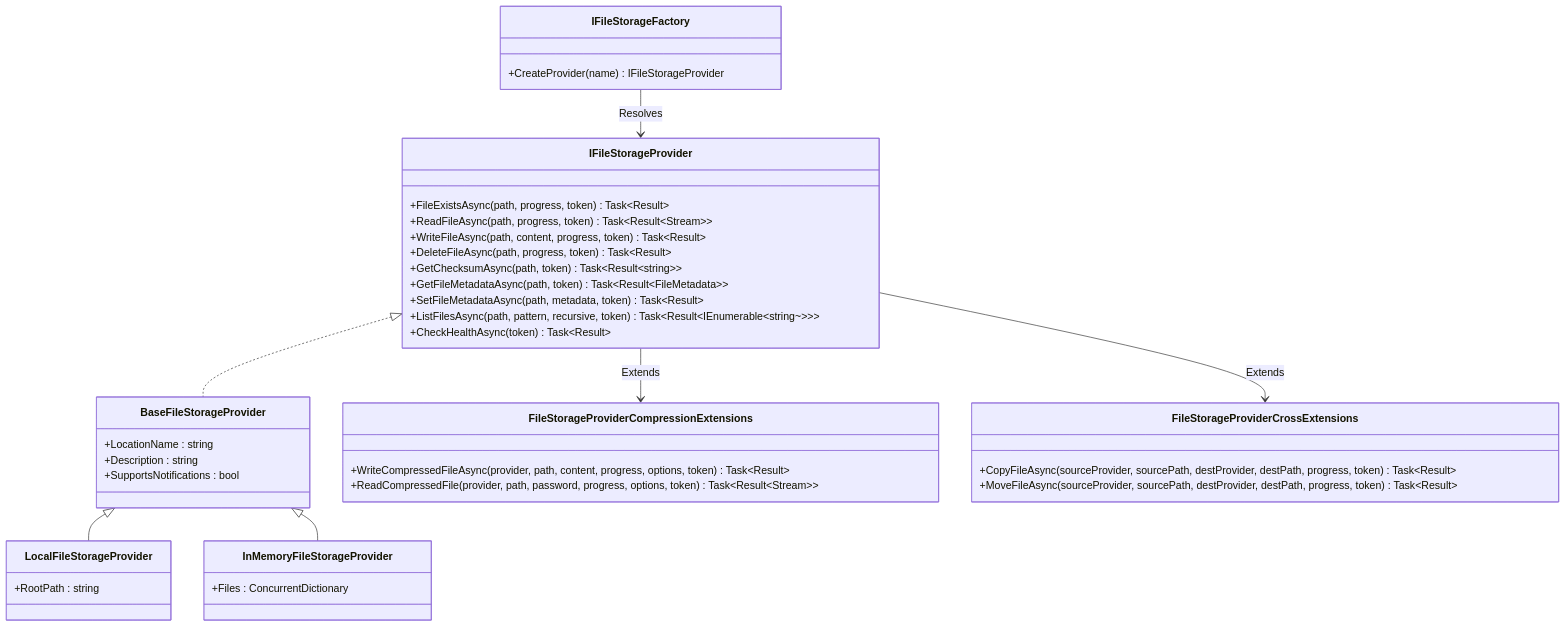
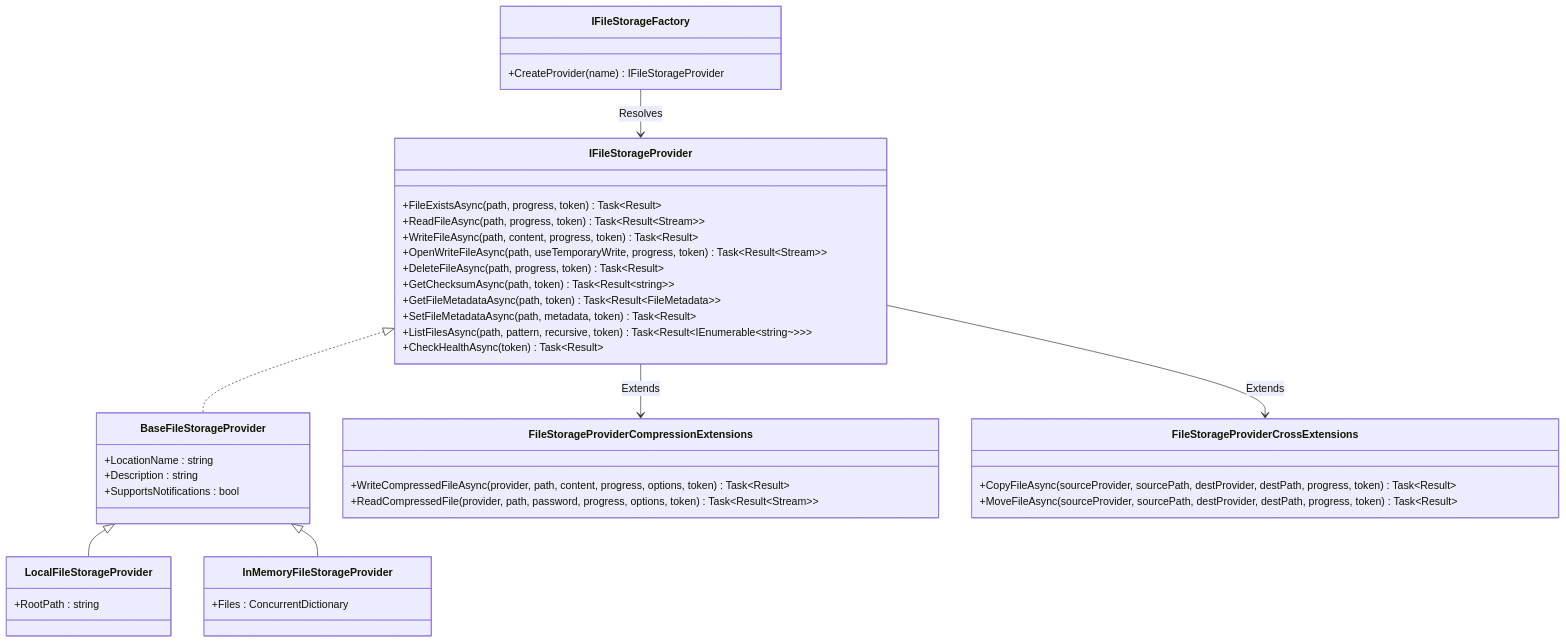
Before and after one commit to BridgingIT-GmbH/bITdevKit: the first of 2 diagrams in docs/features-storage-files.md, drawn with Mermaid. The commit also changed other lines of this file and 20 other files, not shown here.

````diff
--- a/docs/features-storage-files.md
+++ b/docs/features-storage-files.md
@@ -17,49 +17,50 @@
 ```mermaid
 classDiagram
     class IFileStorageProvider {
         +FileExistsAsync(path, progress, token) Task~Result~
         +ReadFileAsync(path, progress, token) Task~Result~Stream~~
         +WriteFileAsync(path, content, progress, token) Task~Result~
+        +OpenWriteFileAsync(path, useTemporaryWrite, progress, token) Task~Result~Stream~~
         +DeleteFileAsync(path, progress, token) Task~Result~
         +GetChecksumAsync(path, token) Task~Result~string~~
         +GetFileMetadataAsync(path, token) Task~Result~FileMetadata~~
         +SetFileMetadataAsync(path, metadata, token) Task~Result~
         +ListFilesAsync(path, pattern, recursive, token) Task~Result~IEnumerable~string~~~~
         +CheckHealthAsync(token) Task~Result~
     }
 
     class IFileStorageFactory {
         +CreateProvider(name) IFileStorageProvider
     }
 
     class BaseFileStorageProvider {
         +LocationName : string
         +Description : string
         +SupportsNotifications : bool
     }
 
     class LocalFileStorageProvider {
         +RootPath : string
     }
 
     class InMemoryFileStorageProvider {
         +Files : ConcurrentDictionary
     }
 
     class FileStorageProviderCompressionExtensions {
         +WriteCompressedFileAsync(provider, path, content, progress, options, token) Task~Result~
         +ReadCompressedFile(provider, path, password, progress, options, token) Task~Result~Stream~~
     }
 
     class FileStorageProviderCrossExtensions {
         +CopyFileAsync(sourceProvider, sourcePath, destProvider, destPath, progress, token) Task~Result~
         +MoveFileAsync(sourceProvider, sourcePath, destProvider, destPath, progress, token) Task~Result~
     }
 
     IFileStorageProvider <|.. BaseFileStorageProvider
     BaseFileStorageProvider <|-- LocalFileStorageProvider
     BaseFileStorageProvider <|-- InMemoryFileStorageProvider
     IFileStorageProvider --> FileStorageProviderCompressionExtensions : Extends
     IFileStorageProvider --> FileStorageProviderCrossExtensions : Extends
     IFileStorageFactory --> IFileStorageProvider : Resolves
 ```
````
